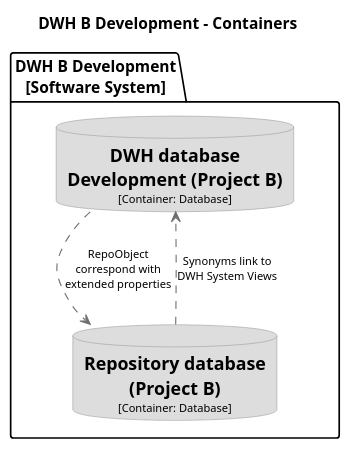
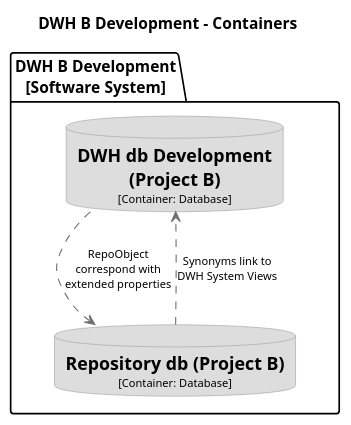
Before and after one commit to DataHandwerk/DataHandwerk-toolkit-mssql: the diagram in docs/src/c4_dsl/puml/structurizr-DWHBDevelopment-Container.puml, drawn with PlantUML. The commit also changed 36 other files, not shown here.

Commit message:
structurizr diagrams used in documentation

```diff
--- a/docs/src/c4_dsl/puml/structurizr-DWHBDevelopment-Container.puml
+++ b/docs/src/c4_dsl/puml/structurizr-DWHBDevelopment-Container.puml
@@ -1,29 +1,29 @@
 @startuml(id=DWHBDevelopment-Container)
 title DWH B Development - Containers
 
 skinparam {
   shadowing false
   arrowFontSize 10
   defaultTextAlignment center
   wrapWidth 200
   maxMessageSize 100
 }
 hide stereotype
 top to bottom direction
-skinparam database<<22>> {
+skinparam database<<5>> {
   BackgroundColor #dddddd
   FontColor #000000
   BorderColor #9A9A9A
 }
-skinparam database<<10>> {
+skinparam database<<17>> {
   BackgroundColor #dddddd
   FontColor #000000
   BorderColor #9A9A9A
 }
 package "DWH B Development\n[Software System]" {
-  database "==DWH database Development (Project B)\n<size:10>[Container: Database]</size>" <<22>> as 22
-  database "==Repository database (Project B)\n<size:10>[Container: Database]</size>" <<10>> as 10
+  database "==DWH db Development (Project B)\n<size:10>[Container: Database]</size>" <<17>> as 17
+  database "==Repository db (Project B)\n<size:10>[Container: Database]</size>" <<5>> as 5
 }
-22 .[#707070].> 10 : "RepoObject correspond with extended properties"
-10 .[#707070].> 22 : "Synonyms link to DWH System Views"
+17 .[#707070].> 5 : "RepoObject correspond with extended properties"
+5 .[#707070].> 17 : "Synonyms link to DWH System Views"
 @enduml
```
